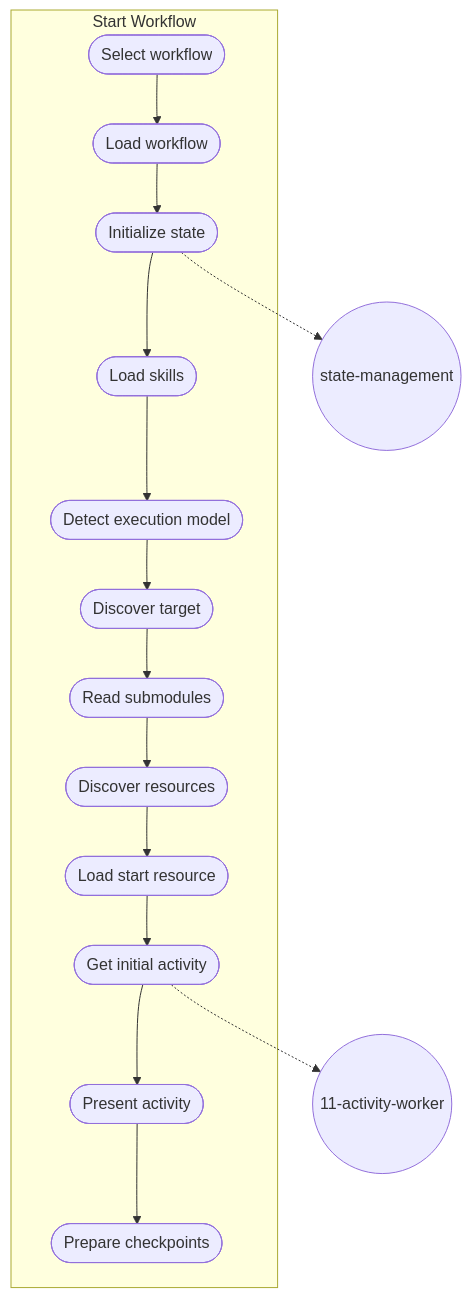
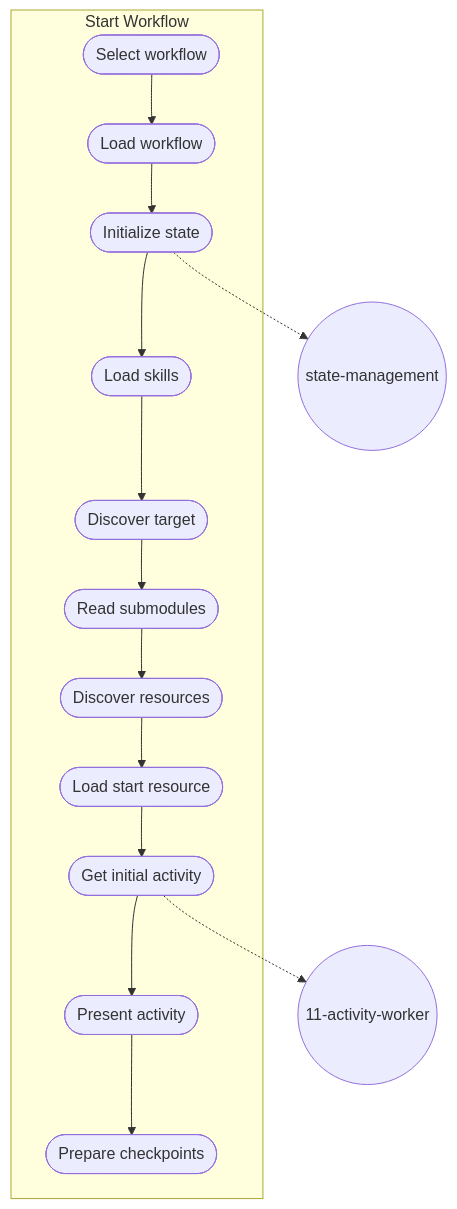
Before and after one commit to m2ux/workflow-server: the third of 5 diagrams in meta/README.md, drawn with Mermaid. The commit also changed other lines of this file and 11 other files, not shown here.

First line of the commit message:
docs: replace execution model with orchestration model

````diff
--- a/meta/README.md
+++ b/meta/README.md
@@ -91,25 +91,24 @@
 ```mermaid
 graph TD
     subgraph start-workflow[Start Workflow]
         s1([Select workflow])
         s2([Load workflow])
         s3([Initialize state])
         s4([Load skills])
-        s5([Detect execution model])
-        s6([Discover target])
-        s7([Read submodules])
-        s8([Discover resources])
-        s9([Load start resource])
-        s10([Get initial activity])
-        s11([Present activity])
-        s12([Prepare checkpoints])
+        s5([Discover target])
+        s6([Read submodules])
+        s7([Discover resources])
+        s8([Load start resource])
+        s9([Get initial activity])
+        s10([Present activity])
+        s11([Prepare checkpoints])
         
-        s1 --> s2 --> s3 --> s4 --> s5 --> s6 --> s7 --> s8 --> s9 --> s10 --> s11 --> s12
+        s1 --> s2 --> s3 --> s4 --> s5 --> s6 --> s7 --> s8 --> s9 --> s10 --> s11
     end
     
     skill1((11-activity-worker))
     skill3((state-management))
     
     s3 -.-> skill3
-    s10 -.-> skill1
+    s9 -.-> skill1
 ```
````
